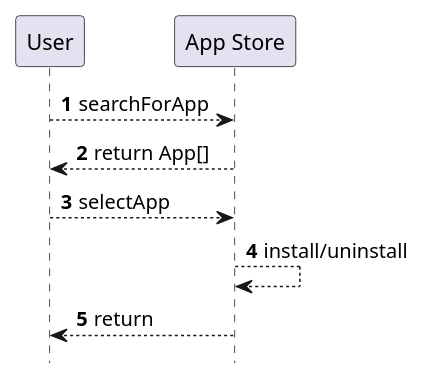
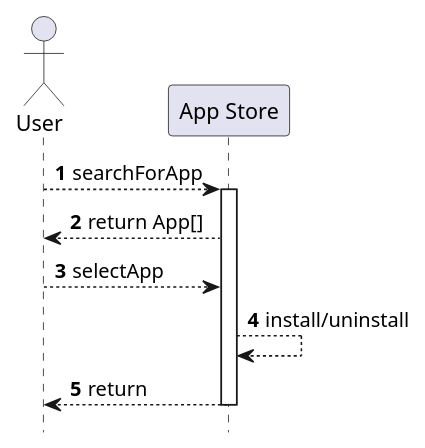
One commit to notfirefox/swea-project changed the diagram in src/appstore_sequence_1.puml. Above: the diagram before and after it, drawn with PlantUML. The commit also changed 4 other files, not shown here.

Commit message:
Updated Appstore sequencediegrams

```diff
--- a/src/appstore_sequence_1.puml
+++ b/src/appstore_sequence_1.puml
@@ -1,15 +1,15 @@
 @startuml
 
 autonumber
 hide footbox
 
-participant user as "User"
+actor user as "User"
 participant appStore as "App Store"
 
-user --> appStore: searchForApp
+user --> appStore++: searchForApp
 appStore --> user: return App[]
 user --> appStore: selectApp
 appStore --> appStore: install/uninstall
-appStore --> user: return
+appStore --> user--: return
 
 @enduml
```
